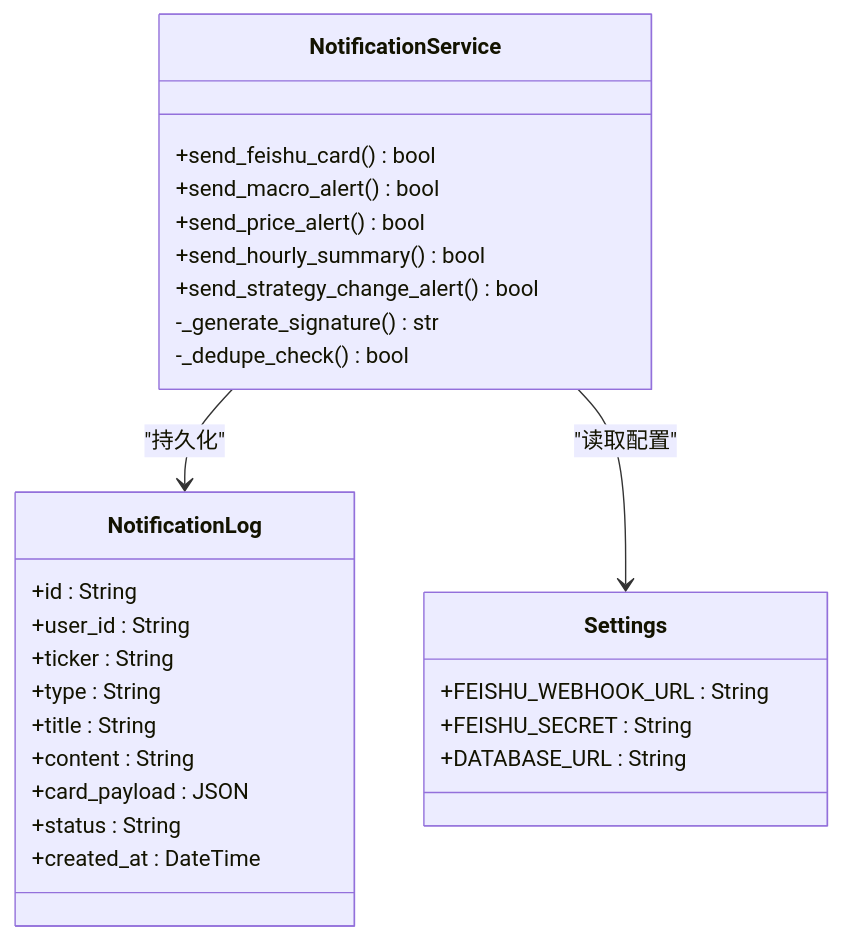
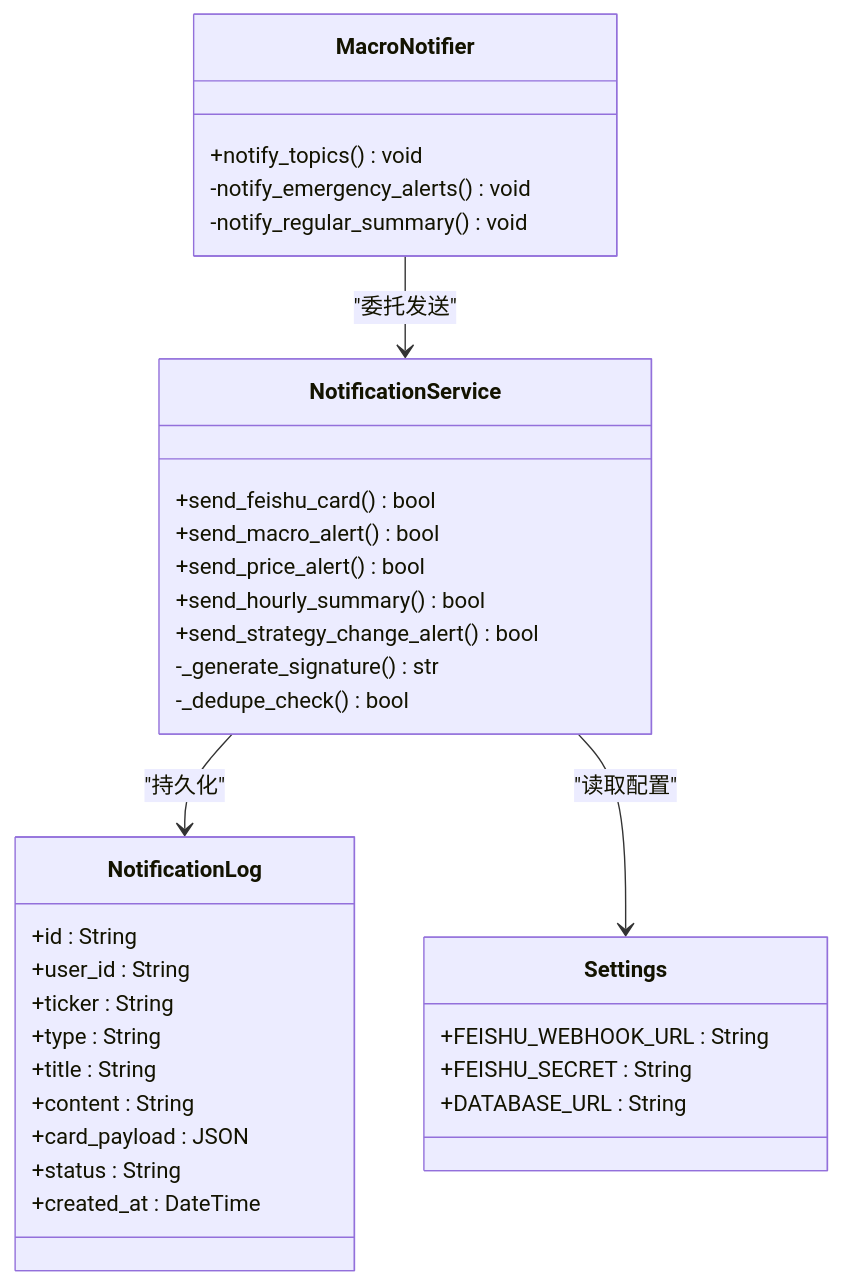
Before and after one commit to breeze-lyf/ai-stock-advisor: the third of 6 diagrams in .qoder/repowiki/zh/content/Old Notification System.md, drawn with Mermaid. The commit also changed other lines of this file and 43 other files, not shown here.

````diff
--- a/.qoder/repowiki/zh/content/Old Notification System.md
+++ b/.qoder/repowiki/zh/content/Old Notification System.md
@@ -141,30 +174,36 @@
 ```mermaid
 classDiagram
+class MacroNotifier {
++notify_topics() void
+-notify_emergency_alerts() void
+-notify_regular_summary() void
+}
 class NotificationService {
 +send_feishu_card() bool
 +send_macro_alert() bool
 +send_price_alert() bool
 +send_hourly_summary() bool
 +send_strategy_change_alert() bool
 -_generate_signature() str
 -_dedupe_check() bool
 }
 class NotificationLog {
 +id : String
 +user_id : String
 +ticker : String
 +type : String
 +title : String
 +content : String
 +card_payload : JSON
 +status : String
 +created_at : DateTime
 }
 class Settings {
 +FEISHU_WEBHOOK_URL : String
 +FEISHU_SECRET : String
 +DATABASE_URL : String
 }
+MacroNotifier --> NotificationService : "委托发送"
 NotificationService --> NotificationLog : "持久化"
 NotificationService --> Settings : "读取配置"
 ```
````
